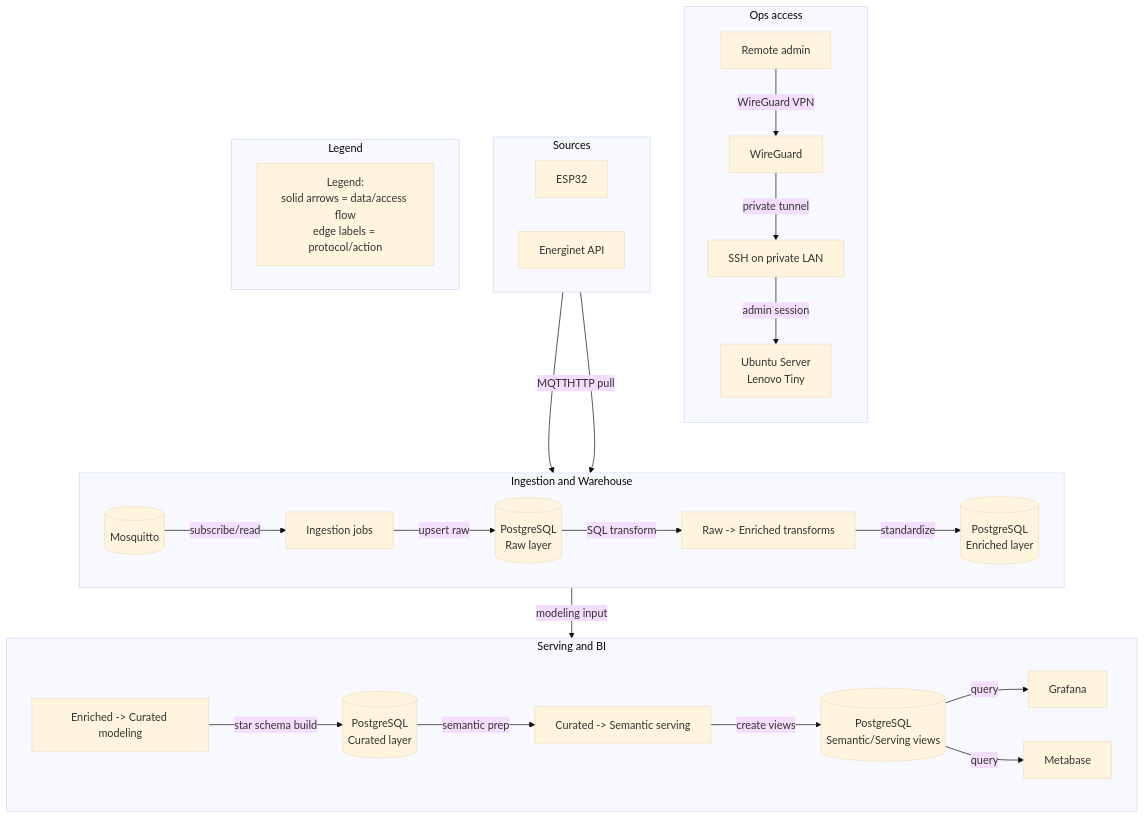
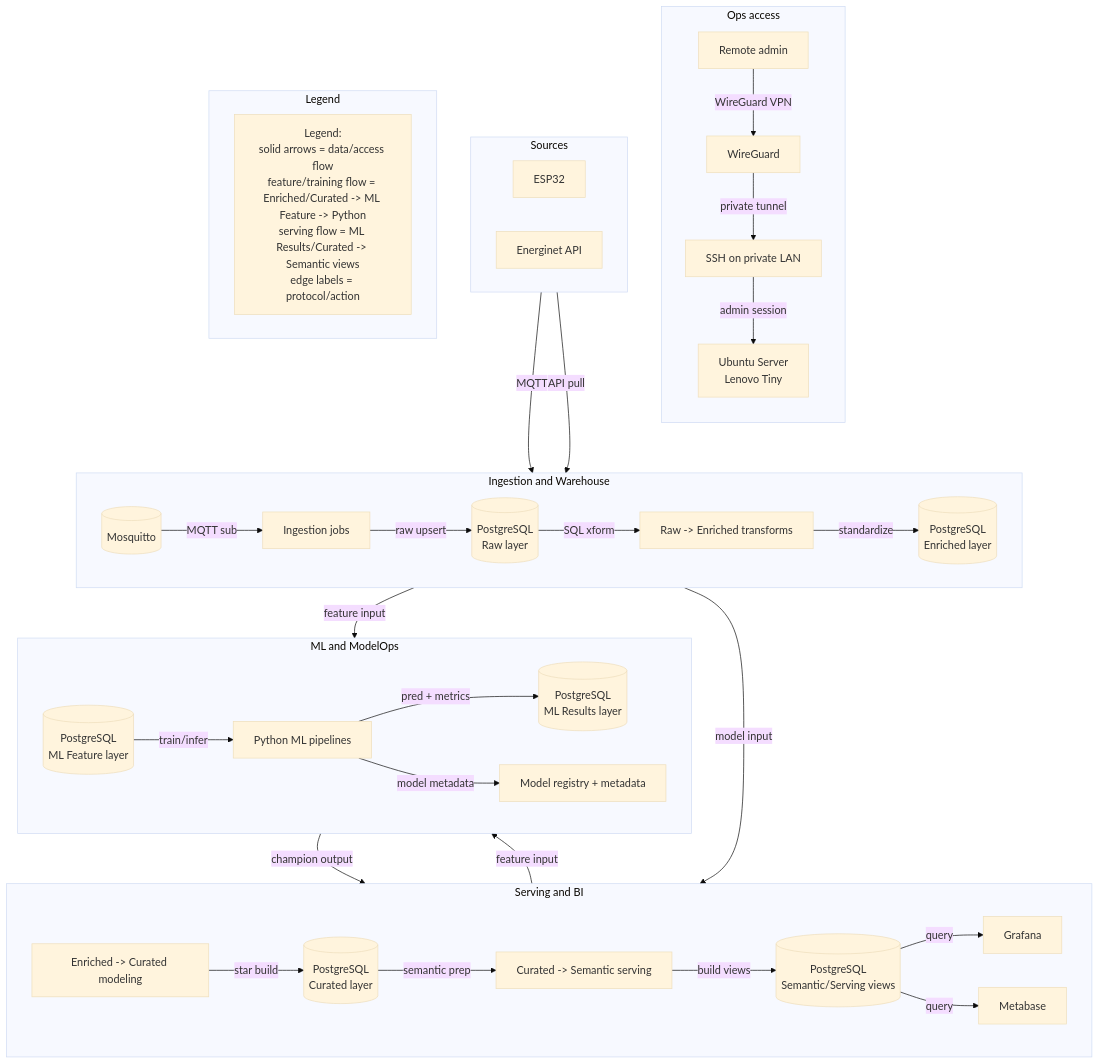
One commit to EnTekLasse/commons-anchor changed the diagram in docs/architecture/diagrams/system-architecture.mmd. Above: the diagram before and after it, drawn with Mermaid (base theme). The commit also changed 25 other files, not shown here.

```diff
--- a/docs/architecture/diagrams/system-architecture.mmd
+++ b/docs/architecture/diagrams/system-architecture.mmd
@@ -1,56 +1,70 @@
 %% AUTO-GENERATED FROM docs/architecture/diagram-model.json
 flowchart TB
   subgraph Ops access
     direction TB
     U["Remote admin"]
     WG["WireGuard"]
     SSH["SSH on private LAN"]
     H["Ubuntu Server<br/>Lenovo Tiny"]
   end
 
   subgraph Sources
     direction LR
     E["ESP32"]
     A["Energinet API"]
   end
 
   subgraph Ingestion and Warehouse
     direction LR
     M[("Mosquitto")]
     I["Ingestion jobs"]
     B[("PostgreSQL<br/>Raw layer")]
     TR["Raw -> Enriched transforms"]
     S[("PostgreSQL<br/>Enriched layer")]
   end
 
   subgraph Serving and BI
     direction LR
     TC["Enriched -> Curated modeling"]
     G1[("PostgreSQL<br/>Curated layer")]
     TS["Curated -> Semantic serving"]
     SV[("PostgreSQL<br/>Semantic/Serving views")]
     G["Grafana"]
     MB["Metabase"]
   end
 
+  subgraph ML and ModelOps
+    direction LR
+    FM[("PostgreSQL<br/>ML Feature layer")]
+    PY["Python ML pipelines"]
+    MR[("PostgreSQL<br/>ML Results layer")]
+    MO["Model registry + metadata"]
+  end
+
   subgraph Legend
     direction LR
-    L1["Legend:<br/>solid arrows = data/access flow<br/>edge labels = protocol/action"]
+    L1["Legend:<br/>solid arrows = data/access flow<br/>feature/training flow = Enriched/Curated -> ML Feature -> Python<br/>serving flow = ML Results/Curated -> Semantic views<br/>edge labels = protocol/action"]
   end
 
 
   E -->|MQTT| M
-  A -->|HTTP pull| I
-  M -->|subscribe/read| I
-  I -->|upsert raw| B
-  B -->|SQL transform| TR
+  A -->|API pull| I
+  M -->|MQTT sub| I
+  I -->|raw upsert| B
+  B -->|SQL xform| TR
   TR -->|standardize| S
-  S -->|modeling input| TC
-  TC -->|star schema build| G1
+  S -->|model input| TC
+  TC -->|star build| G1
+  S -->|feature input| FM
+  G1 -->|feature input| FM
+  FM -->|train/infer| PY
+  PY -->|pred + metrics| MR
+  PY -->|model metadata| MO
+  MR -->|champion output| SV
   G1 -->|semantic prep| TS
-  TS -->|create views| SV
+  TS -->|build views| SV
   SV -->|query| G
   SV -->|query| MB
   U -->|WireGuard VPN| WG
   WG -->|private tunnel| SSH
   SSH -->|admin session| H
```
